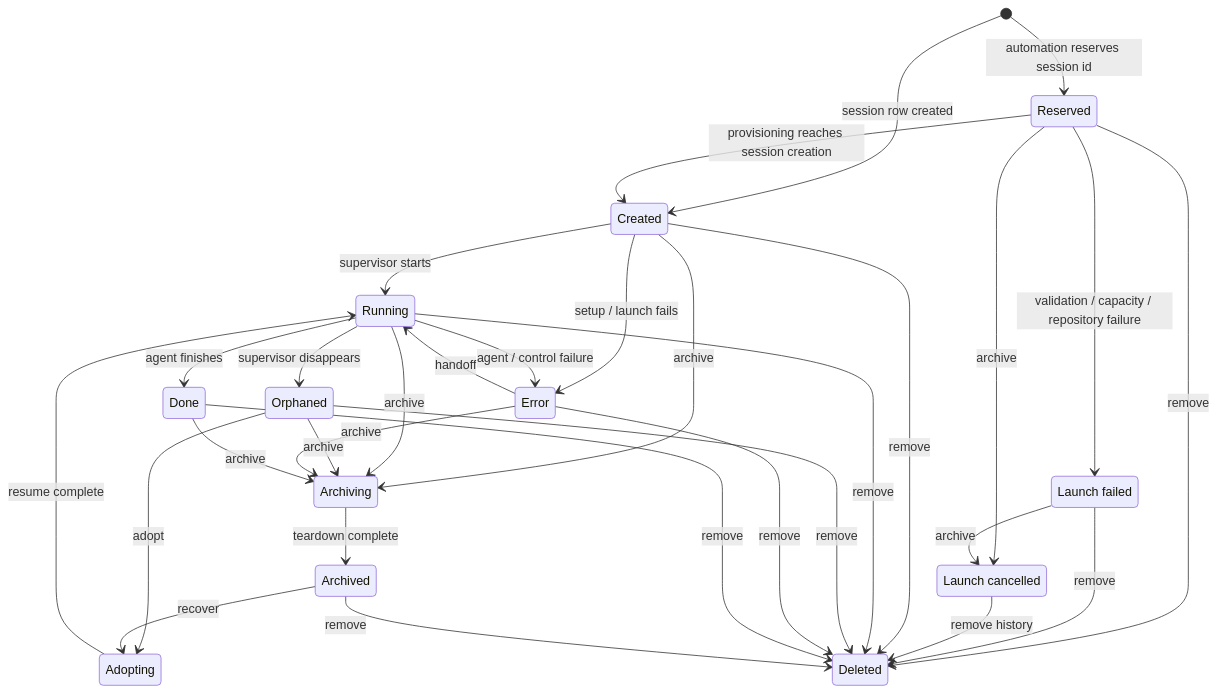
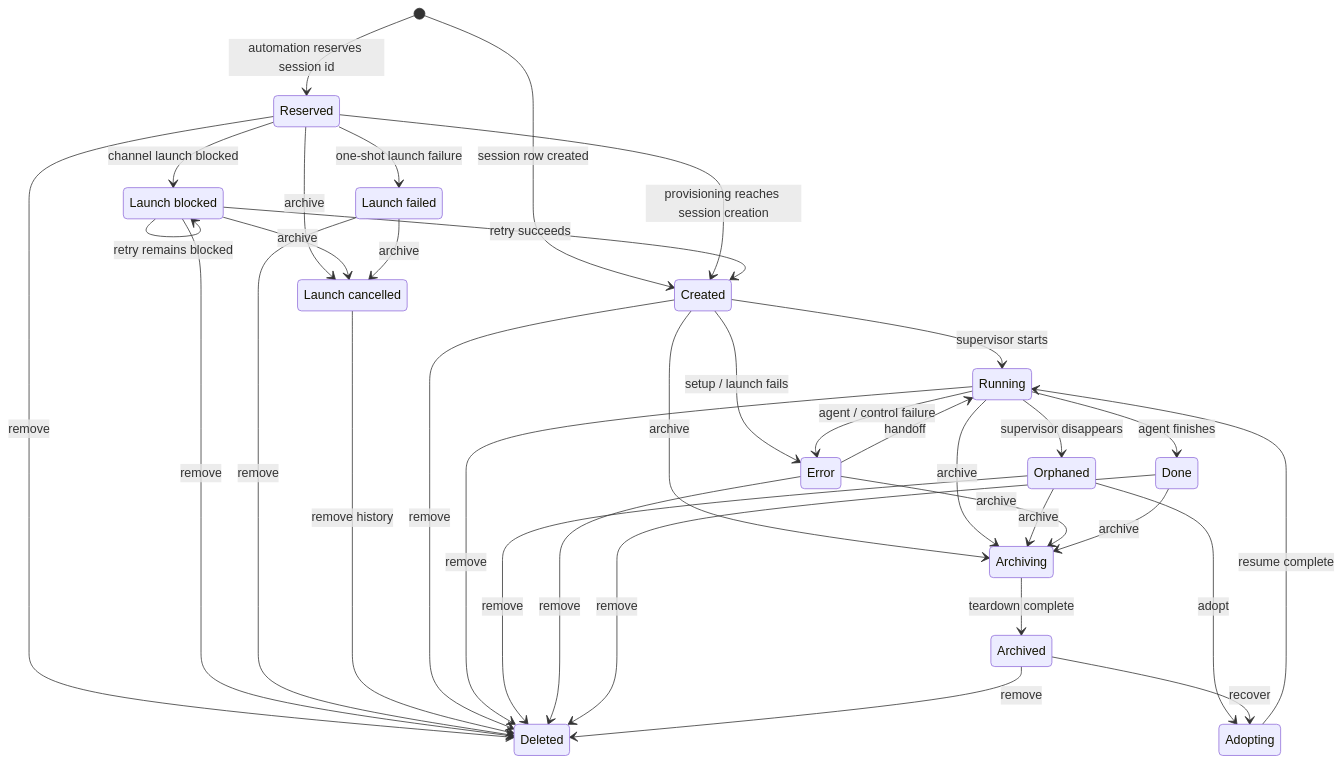
The first of 2 diagrams in docs/session-lifecycle.md (marin-community/loom), drawn with Mermaid before and after one commit. The commit also changed other lines of this file and 9 other files, not shown here.

First line of the commit message:
Make blocked automation launches retryable

````diff
--- a/docs/session-lifecycle.md
+++ b/docs/session-lifecycle.md
@@ -15,45 +15,51 @@
 ```mermaid
 stateDiagram-v2
     [*] --> Reserved: automation reserves session id
     [*] --> Created: session row created
 
     Reserved --> Created: provisioning reaches session creation
-    Reserved --> FailedAttempt: validation / capacity / repository failure
+    Reserved --> RetryableAttempt: channel launch blocked
+    Reserved --> FailedAttempt: one-shot launch failure
     Reserved --> CancelledAttempt: archive
     Reserved --> Removed: remove
+    RetryableAttempt --> Created: retry succeeds
+    RetryableAttempt --> RetryableAttempt: retry remains blocked
+    RetryableAttempt --> CancelledAttempt: archive
+    RetryableAttempt --> Removed: remove
     FailedAttempt --> CancelledAttempt: archive
     FailedAttempt --> Removed: remove
     CancelledAttempt --> Removed: remove history
 
     Created --> Running: supervisor starts
     Created --> Error: setup / launch fails
     Created --> Archiving: archive
     Created --> Removed: remove
 
     Running --> Orphaned: supervisor disappears
     Running --> Done: agent finishes
     Running --> Error: agent / control failure
     Running --> Archiving: archive
     Running --> Removed: remove
 
     Orphaned --> Adopting: adopt
     Orphaned --> Archiving: archive
     Orphaned --> Removed: remove
 
     Error --> Running: handoff
     Error --> Archiving: archive
     Error --> Removed: remove
 
     Done --> Archiving: archive
     Done --> Removed: remove
 
     Archived --> Adopting: recover
     Archived --> Removed: remove
 
     Archiving --> Archived: teardown complete
     Adopting --> Running: resume complete
 
     state "Launch failed" as FailedAttempt
+    state "Launch blocked" as RetryableAttempt
     state "Launch cancelled" as CancelledAttempt
     state "Deleted" as Removed
 ```
````
